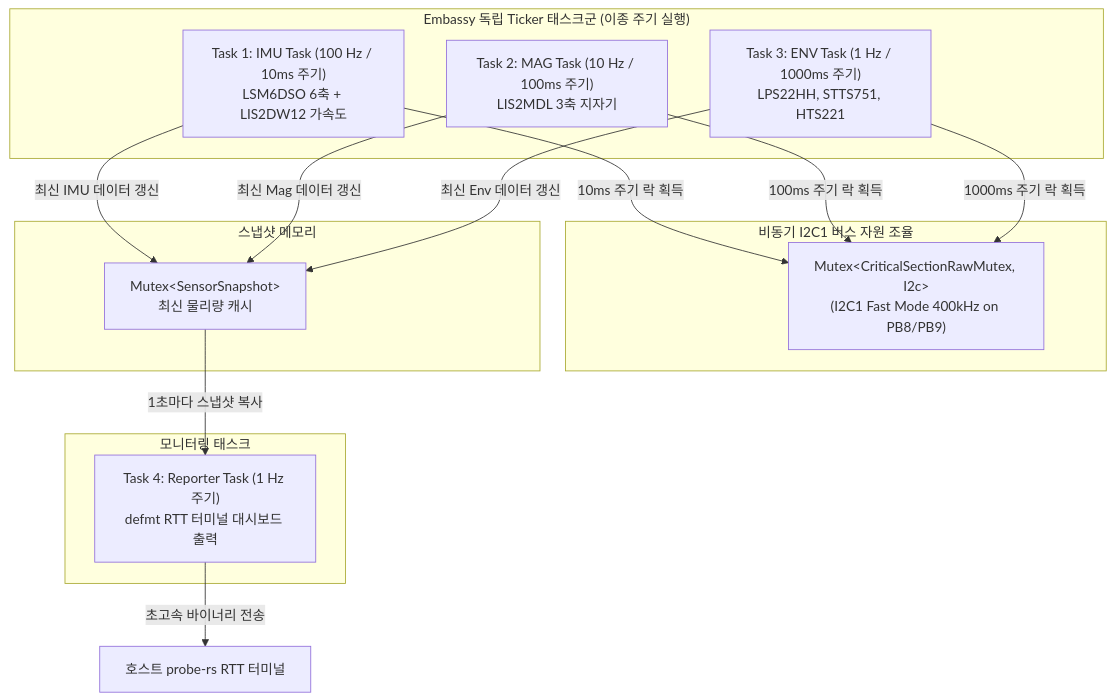
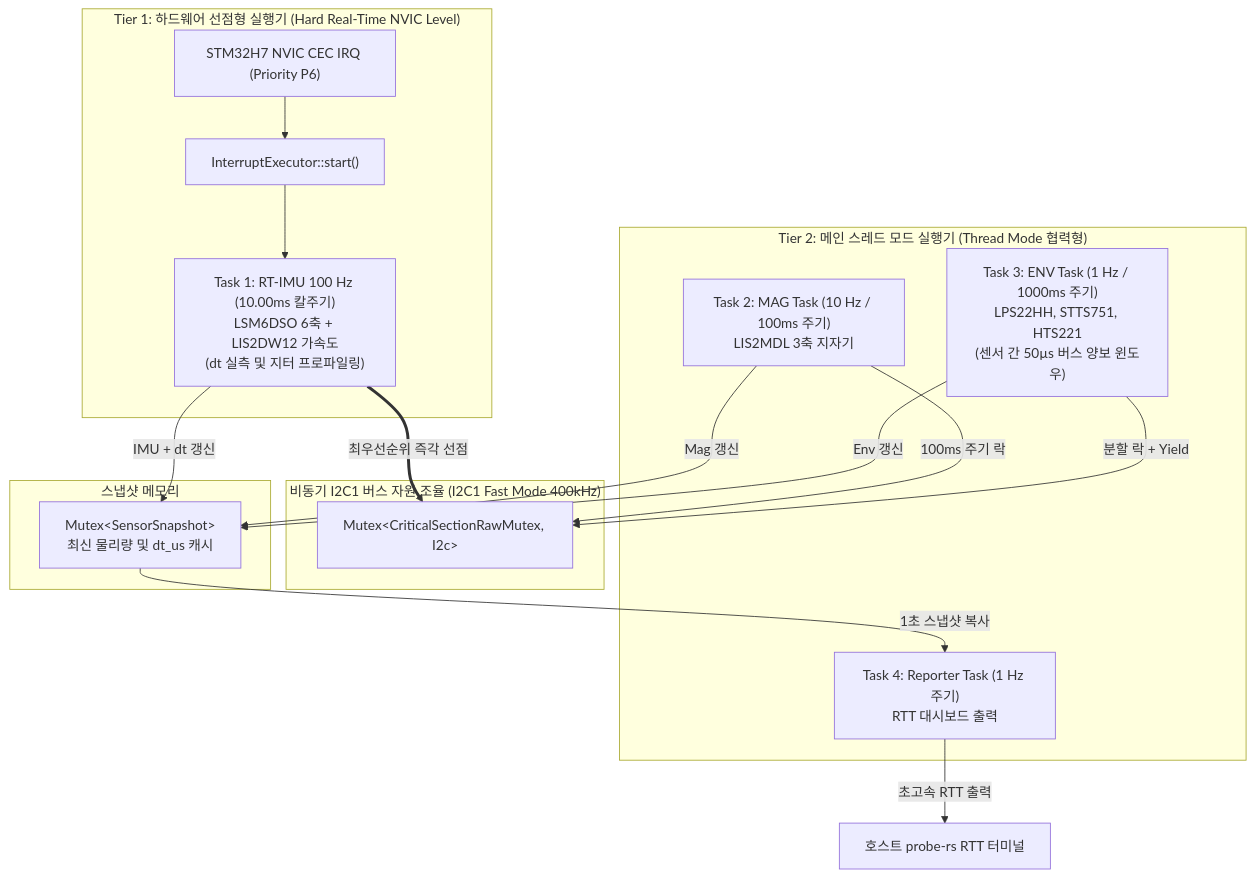
The first of 2 diagrams in examples/02_sensor_all_sampling/README.md (voidrobot/nucleo_h743zi2_rust), drawn with Mermaid before and after one commit. The commit also changed other lines of this file and 2 other files, not shown here.

Commit message:
feat: implement preemptive InterruptExecutor and zero-jitter dt profiling for EKF real-time control

````diff
--- a/examples/02_sensor_all_sampling/README.md
+++ b/examples/02_sensor_all_sampling/README.md
@@ -45,31 +45,34 @@
 ```mermaid
 graph TD
-    subgraph PeriodicTasks ["Embassy 독립 Ticker 태스크군 (이종 주기 실행)"]
-        T1["Task 1: IMU Task (100 Hz / 10ms 주기)<br/>LSM6DSO 6축 + LIS2DW12 가속도"]
-        T2["Task 2: MAG Task (10 Hz / 100ms 주기)<br/>LIS2MDL 3축 지자기"]
-        T3["Task 3: ENV Task (1 Hz / 1000ms 주기)<br/>LPS22HH, STTS751, HTS221"]
+    subgraph Tier1 ["Tier 1: 하드웨어 선점형 실행기 (Hard Real-Time NVIC Level)"]
+        IRQ["STM32H7 NVIC CEC IRQ (Priority P6)"]
+        IntExec["InterruptExecutor::start()"]
+        T1["Task 1: RT-IMU 100 Hz (10.00ms 칼주기)<br/>LSM6DSO 6축 + LIS2DW12 가속도<br/>(dt 실측 및 지터 프로파일링)"]
+        IRQ --> IntExec --> T1
     end
 
-    subgraph I2CLock ["비동기 I2C1 버스 자원 조율"]
-        BusMutex["Mutex&lt;CriticalSectionRawMutex, I2c&gt;<br/>(I2C1 Fast Mode 400kHz on PB8/PB9)"]
+    subgraph Tier2 ["Tier 2: 메인 스레드 모드 실행기 (Thread Mode 협력형)"]
+        T2["Task 2: MAG Task (10 Hz / 100ms 주기)<br/>LIS2MDL 3축 지자기"]
+        T3["Task 3: ENV Task (1 Hz / 1000ms 주기)<br/>LPS22HH, STTS751, HTS221<br/>(센서 간 50µs 버스 양보 윈도우)"]
+        Reporter["Task 4: Reporter Task (1 Hz 주기)<br/>RTT 대시보드 출력"]
+    end
+
+    subgraph I2CLock ["비동기 I2C1 버스 자원 조율 (I2C1 Fast Mode 400kHz)"]
+        BusMutex["Mutex&lt;CriticalSectionRawMutex, I2c&gt;"]
     end
 
     subgraph SharedMem ["스냅샷 메모리"]
-        State["Mutex&lt;SensorSnapshot&gt;<br/>최신 물리량 캐시"]
+        State["Mutex&lt;SensorSnapshot&gt;<br/>최신 물리량 및 dt_us 캐시"]
     end
 
-    subgraph Monitor ["모니터링 태스크"]
-        Reporter["Task 4: Reporter Task (1 Hz 주기)<br/>defmt RTT 터미널 대시보드 출력"]
-    end
+    T1 ==>|"최우선순위 즉각 선점"| BusMutex
+    T2 -->|"100ms 주기 락"| BusMutex
+    T3 -->|"분할 락 + Yield"| BusMutex
 
-    T1 -->|"10ms 주기 락 획득"| BusMutex
-    T2 -->|"100ms 주기 락 획득"| BusMutex
-    T3 -->|"1000ms 주기 락 획득"| BusMutex
+    T1 -->|"IMU + dt 갱신"| State
+    T2 -->|"Mag 갱신"| State
+    T3 -->|"Env 갱신"| State
 
-    T1 -->|"최신 IMU 데이터 갱신"| State
-    T2 -->|"최신 Mag 데이터 갱신"| State
-    T3 -->|"최신 Env 데이터 갱신"| State
-
-    State -->|"1초마다 스냅샷 복사"| Reporter
-    Reporter -->|"초고속 바이너리 전송"| RTT["호스트 probe-rs RTT 터미널"]
+    State -->|"1초 스냅샷 복사"| Reporter
+    Reporter -->|"초고속 RTT 출력"| RTT["호스트 probe-rs RTT 터미널"]
 ```
````
